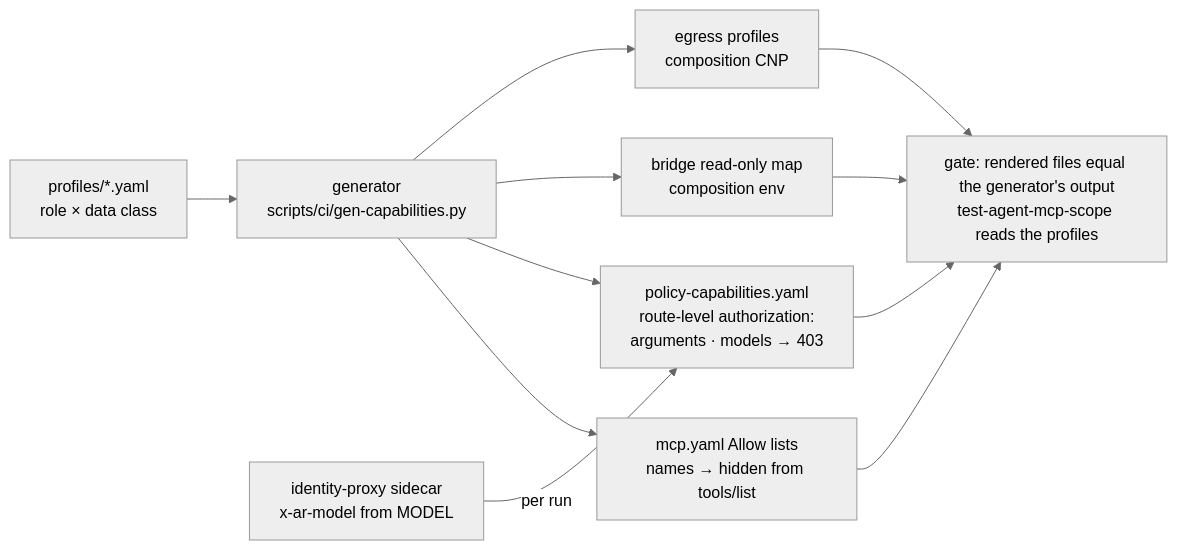
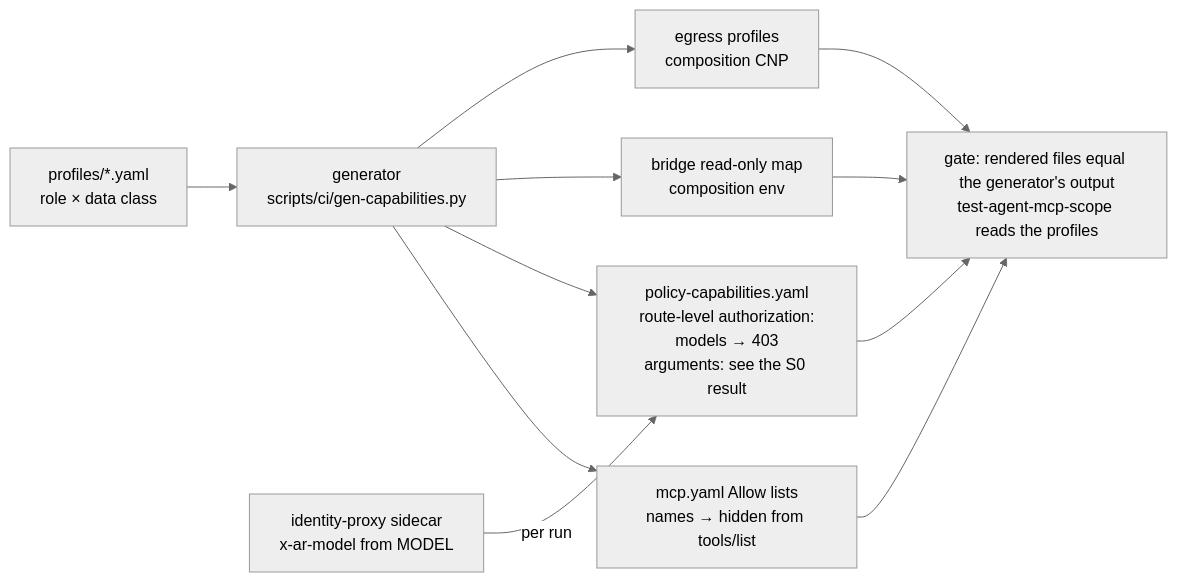
One commit to Smana/ai-native-ref changed the diagram in docs/superpowers/specs/2026-10-21-capability-profiles-design.md. Above: the diagram before and after it, drawn with Mermaid (neutral theme). The commit also changed other lines of this file and 5 other files, not shown here.

Commit message:
fix(ci): profiles take only <role>.<class>.yaml files, and the spec stops promising a 403 for arguments

````diff
--- a/docs/superpowers/specs/2026-10-21-capability-profiles-design.md
+++ b/docs/superpowers/specs/2026-10-21-capability-profiles-design.md
@@ -45,10 +45,10 @@
 ```mermaid
 flowchart LR
   P["profiles/*.yaml<br/>role × data class"] --> G["generator<br/>scripts/ci/gen-capabilities.py"]
   G --> A["mcp.yaml Allow lists<br/>names → hidden from tools/list"]
-  G --> B["policy-capabilities.yaml<br/>route-level authorization:<br/>arguments · models → 403"]
+  G --> B["policy-capabilities.yaml<br/>route-level authorization:<br/>models → 403<br/>arguments: see the S0 result"]
   G --> C["bridge read-only map<br/>composition env"]
   G --> D["egress profiles<br/>composition CNP"]
   A & B & C & D --> T["gate: rendered files equal the generator's output<br/>test-agent-mcp-scope reads the profiles"]
   S["identity-proxy sidecar<br/>x-ar-model from MODEL"] -->|"per run"| B
 ```
````
